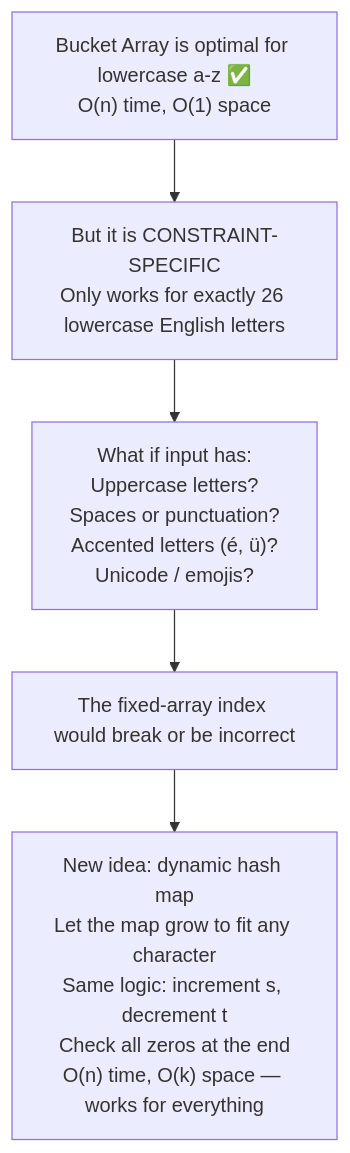
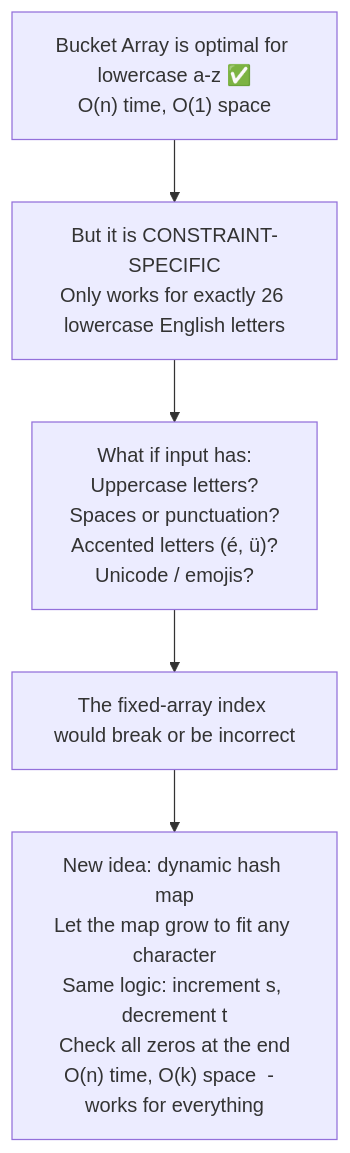
Before and after one commit to M-F-Tushar/LeetCode-Problem-Solving: diagram 11 of 15 in 03 - Valid Anagram/README.md, drawn with Mermaid. The commit also changed other lines of this file and 6 other files, not shown here.

Commit message:
fix diagram rendering

````diff
--- a/03 - Valid Anagram/README.md
+++ b/03 - Valid Anagram/README.md
@@ -331,8 +331,8 @@
 ```mermaid
 flowchart TD
     A["Bucket Array is optimal for lowercase a-z ✅\nO(n) time, O(1) space"] --> B["But it is CONSTRAINT-SPECIFIC\nOnly works for exactly 26 lowercase English letters"]
     B --> C["What if input has:\nUppercase letters?\nSpaces or punctuation?\nAccented letters (é, ü)?\nUnicode / emojis?"]
     C --> D["The fixed-array index would break or be incorrect"]
-    D --> E["New idea: dynamic hash map\nLet the map grow to fit any character\nSame logic: increment s, decrement t\nCheck all zeros at the end\nO(n) time, O(k) space — works for everything"]
+    D --> E["New idea: dynamic hash map\nLet the map grow to fit any character\nSame logic: increment s, decrement t\nCheck all zeros at the end\nO(n) time, O(k) space  -  works for everything"]
 
 ```
````
